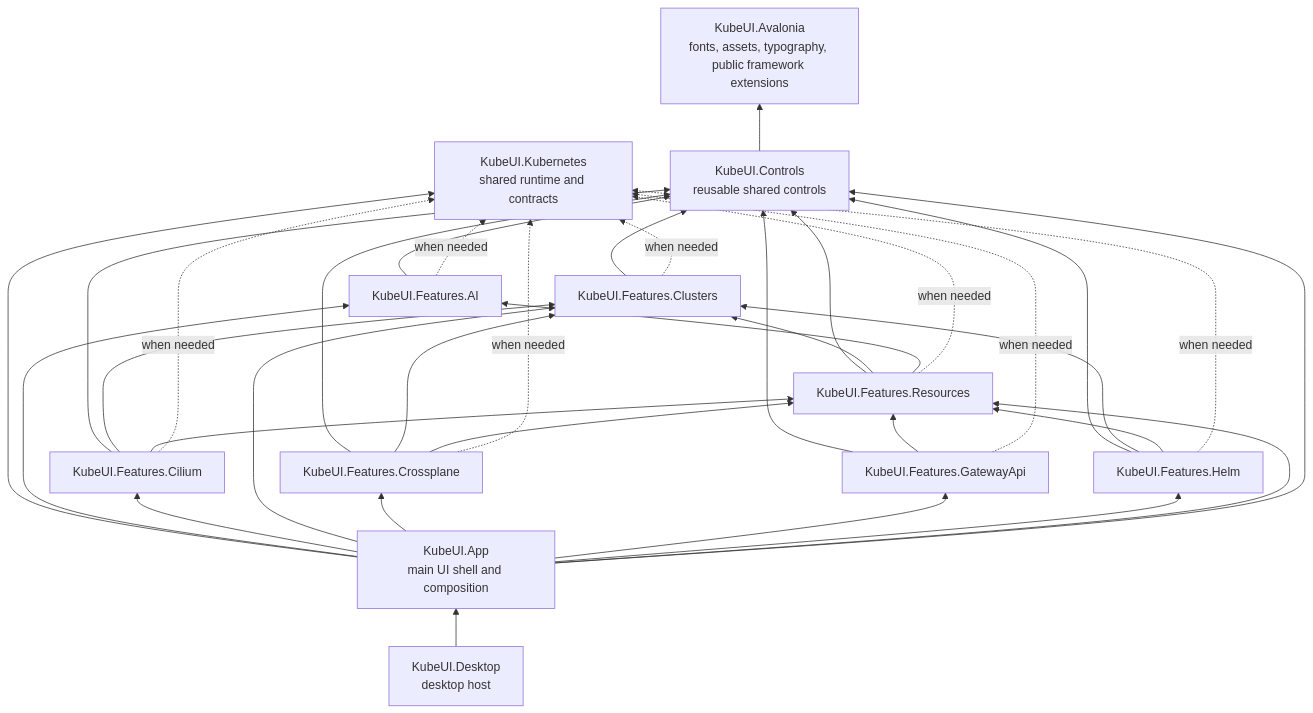
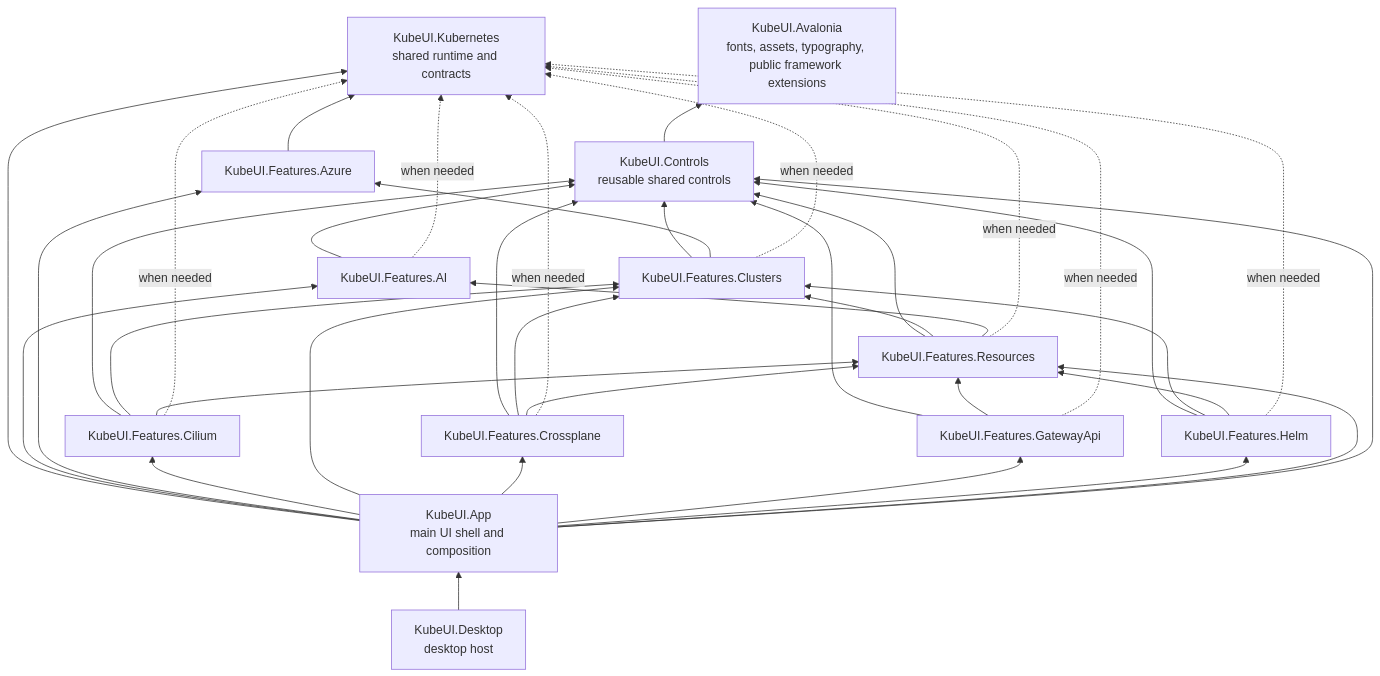
The diagram in docs/architecture/avalonia-project-structure-plan.md (IvanJosipovic/KubeUI), drawn with Mermaid before and after one commit. The commit also changed other lines of this file and 25 other files, not shown here.

````diff
--- a/docs/architecture/avalonia-project-structure-plan.md
+++ b/docs/architecture/avalonia-project-structure-plan.md
@@ -35,50 +36,54 @@
 ```mermaid
 flowchart BT
     Desktop["KubeUI.Desktop<br/>desktop host"]
     App["KubeUI.App<br/>main UI shell and composition"]
     Foundation["KubeUI.Avalonia<br/>fonts, assets, typography, public framework extensions"]
     Controls["KubeUI.Controls<br/>reusable shared controls"]
     AI["KubeUI.Features.AI"]
+    Azure["KubeUI.Features.Azure"]
     Cilium["KubeUI.Features.Cilium"]
     Clusters["KubeUI.Features.Clusters"]
     Crossplane["KubeUI.Features.Crossplane"]
     GatewayApi["KubeUI.Features.GatewayApi"]
     Helm["KubeUI.Features.Helm"]
     Resources["KubeUI.Features.Resources"]
     Kubernetes["KubeUI.Kubernetes<br/>shared runtime and contracts"]
 
     Desktop --> App
     App --> Kubernetes
     App --> AI
+    App --> Azure
     App --> Cilium
     App --> Clusters
     App --> Crossplane
     App --> GatewayApi
     App --> Helm
     App --> Resources
     App --> Controls
     AI --> Controls
     Cilium --> Controls
     Cilium --> Clusters
     Cilium --> Resources
     Crossplane --> Controls
     Crossplane --> Clusters
     Crossplane --> Resources
     GatewayApi --> Controls
     GatewayApi --> Resources
     Helm --> Controls
     Helm --> Clusters
     Helm --> Resources
     Resources --> Controls
     Resources --> Clusters
     Resources --> AI
     Clusters --> Controls
+    Clusters --> Azure
+    Azure --> Kubernetes
     AI -.->|when needed| Kubernetes
     Cilium -.->|when needed| Kubernetes
     Clusters -.->|when needed| Kubernetes
     Crossplane -.->|when needed| Kubernetes
     GatewayApi -.->|when needed| Kubernetes
     Helm -.->|when needed| Kubernetes
     Resources -.->|when needed| Kubernetes
     Controls --> Foundation
 ```
````
